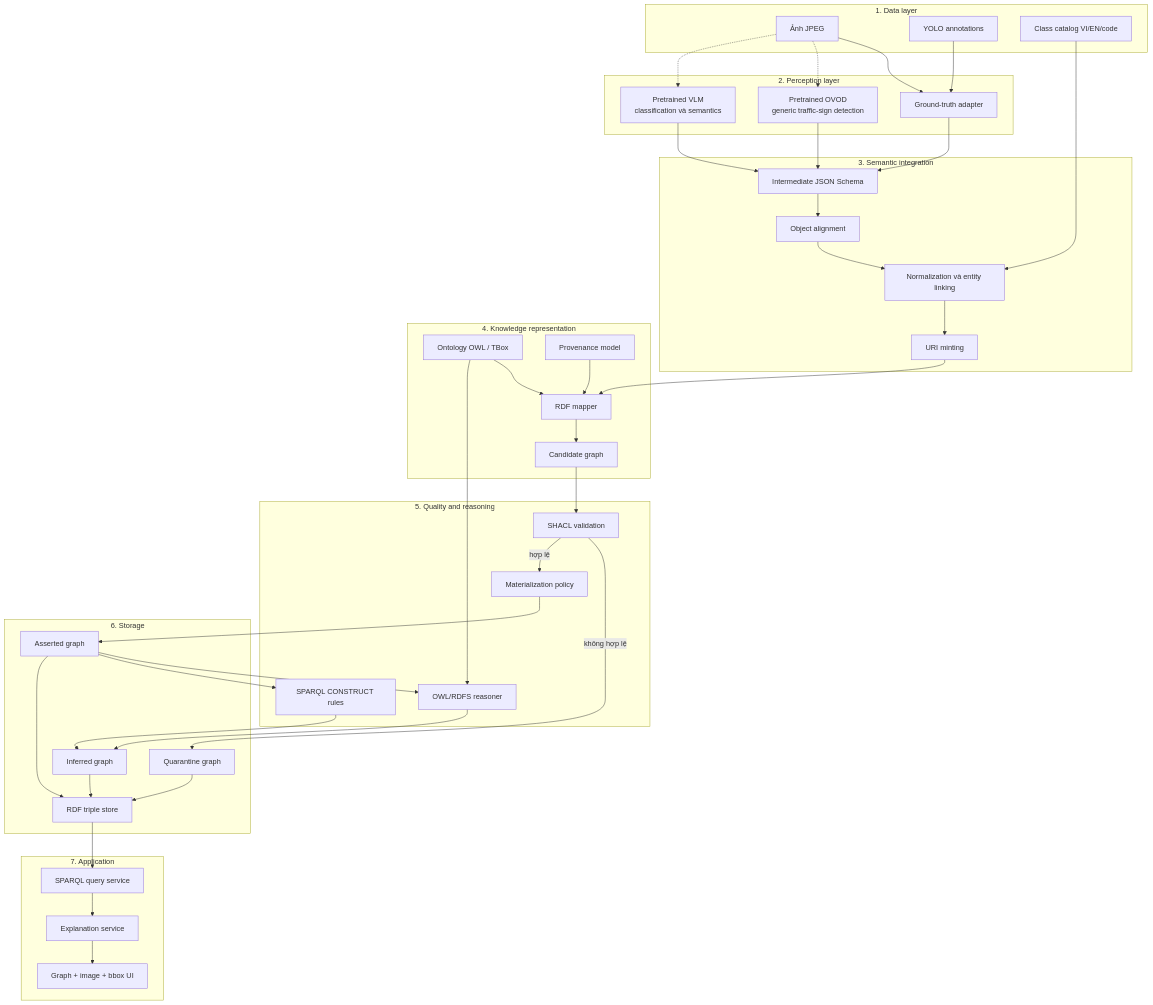
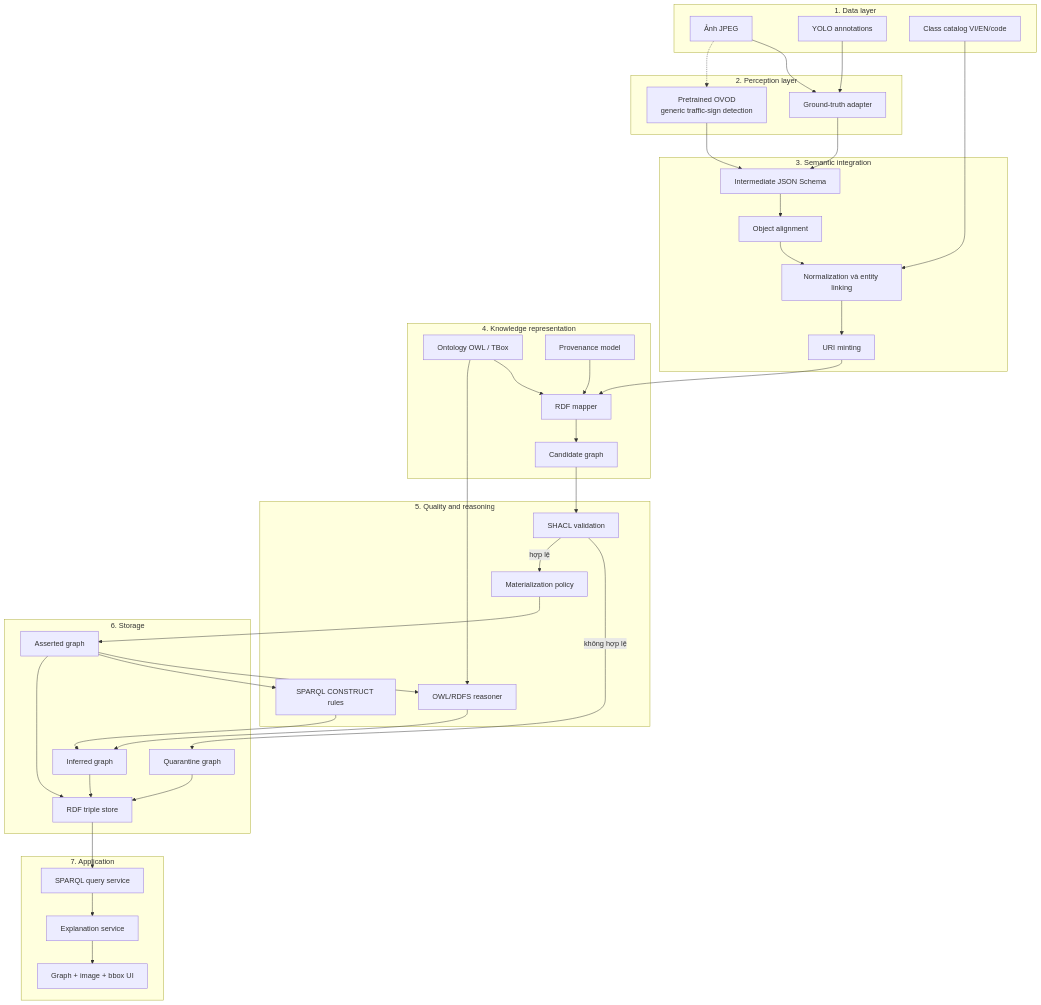
The fourth of 16 diagrams in docs/Ontology-Grounded-Traffic-Sign-Knowledge-Graph-Proposal.md (khoatran02/Ontology-COKB-Biomedical-Code-Mapping), drawn with Mermaid before and after one commit. The commit also changed other lines of this file and 71 other files, not shown here.

````diff
--- a/docs/Ontology-Grounded-Traffic-Sign-Knowledge-Graph-Proposal.md
+++ b/docs/Ontology-Grounded-Traffic-Sign-Knowledge-Graph-Proposal.md
@@ -624,71 +630,68 @@
 ```mermaid
 flowchart TD
     subgraph DATA["1. Data layer"]
         IMG["Ảnh JPEG"]
         YOLO["YOLO annotations"]
         CAT["Class catalog VI/EN/code"]
     end
 
     subgraph PERCEPTION["2. Perception layer"]
         GT["Ground-truth adapter"]
         OVOD["Pretrained OVOD<br/>generic traffic-sign detection"]
-        VLM["Pretrained VLM<br/>classification và semantics"]
     end
 
     subgraph SEMANTIC["3. Semantic integration"]
         SCHEMA["Intermediate JSON Schema"]
         ALIGN["Object alignment"]
         LINK["Normalization và entity linking"]
         URI["URI minting"]
     end
 
     subgraph KR["4. Knowledge representation"]
         ONT["Ontology OWL / TBox"]
         MAP["RDF mapper"]
         CANDIDATE["Candidate graph"]
         PROV["Provenance model"]
     end
 
     subgraph QUALITY["5. Quality and reasoning"]
         SHACL["SHACL validation"]
         POLICY["Materialization policy"]
         REASON["OWL/RDFS reasoner"]
         RULES["SPARQL CONSTRUCT rules"]
     end
 
     subgraph STORAGE["6. Storage"]
         ASSERTED["Asserted graph"]
         INFERRED["Inferred graph"]
         QUARANTINE["Quarantine graph"]
         STORE["RDF triple store"]
     end
 
     subgraph APPLICATION["7. Application"]
         QUERY["SPARQL query service"]
         EXPLAIN["Explanation service"]
         UI["Graph + image + bbox UI"]
     end
 
     IMG --> GT
     YOLO --> GT
     IMG -.-> OVOD
-    IMG -.-> VLM
     GT --> SCHEMA
     OVOD --> SCHEMA
-    VLM --> SCHEMA
     CAT --> LINK
     SCHEMA --> ALIGN --> LINK --> URI --> MAP
     ONT --> MAP
     PROV --> MAP
     MAP --> CANDIDATE --> SHACL
     SHACL -->|"không hợp lệ"| QUARANTINE
     SHACL -->|"hợp lệ"| POLICY
     POLICY --> ASSERTED
     ONT --> REASON
     ASSERTED --> REASON --> INFERRED
     ASSERTED --> RULES --> INFERRED
     ASSERTED --> STORE
     INFERRED --> STORE
     QUARANTINE --> STORE
     STORE --> QUERY --> EXPLAIN --> UI
 ```
````
